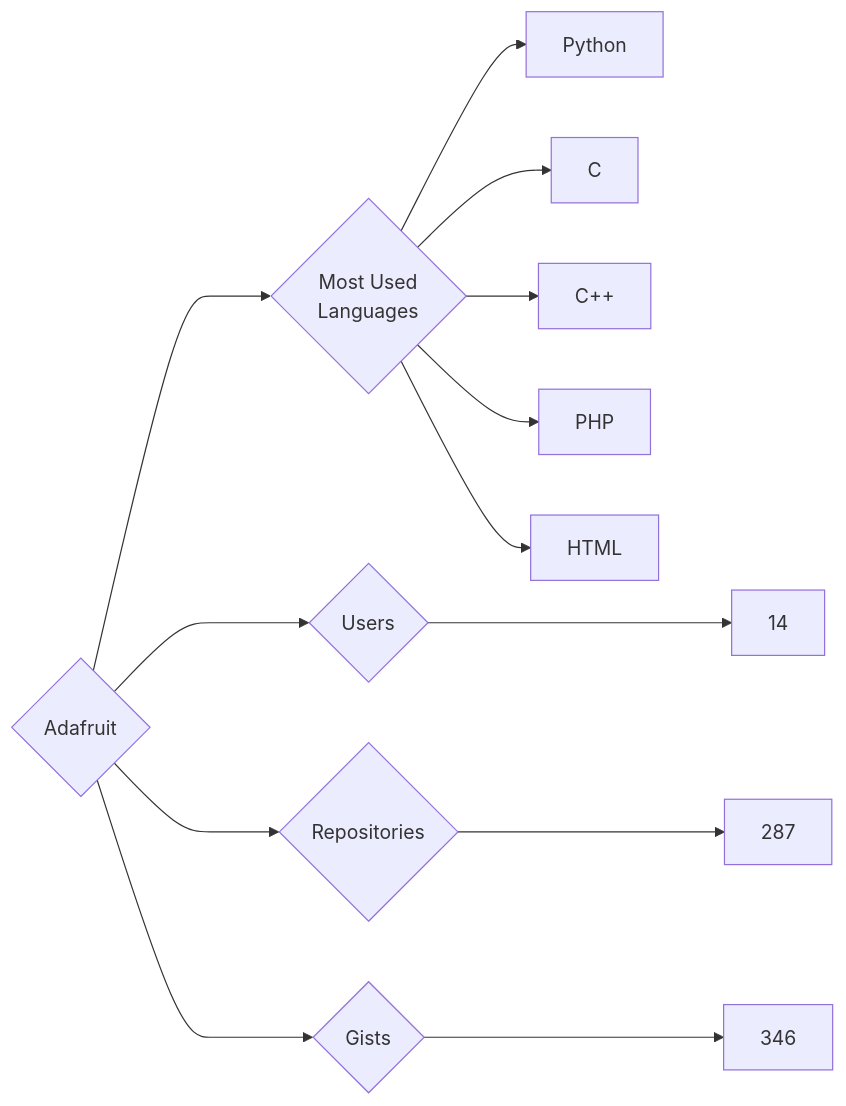
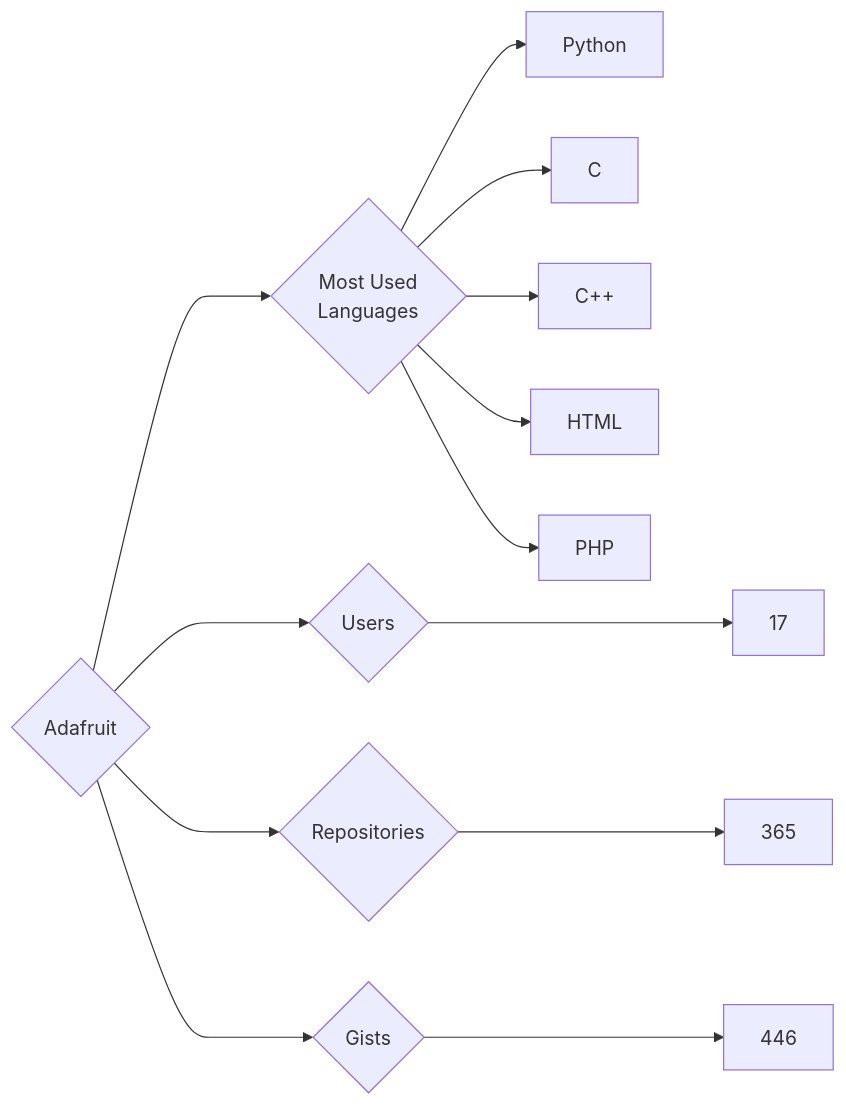
The diagram in targets/Adafruit/README.md (trickest/insiders), drawn with Mermaid before and after one commit. The commit also changed 847 other files, not shown here.

````diff
--- a/targets/Adafruit/README.md
+++ b/targets/Adafruit/README.md
@@ -3,13 +3,13 @@
 ```mermaid
 graph LR
 COMPANY_NAME{Adafruit}
-COMPANY_NAME ---> U{Users} ---> UN[14]
-COMPANY_NAME ---> R{Repositories} ---> RN[287]
-COMPANY_NAME ---> G{Gists} ---> GN[346]
+COMPANY_NAME ---> U{Users} ---> UN[17]
+COMPANY_NAME ---> R{Repositories} ---> RN[365]
+COMPANY_NAME ---> G{Gists} ---> GN[446]
 COMPANY_NAME ---> ML{Most Used<br>Languages}
 ML --> Python[Python]
 ML --> C[C]
 ML --> C++[C++]
+ML --> HTML[HTML]
 ML --> PHP[PHP]
-ML --> HTML[HTML]
 ```
````
